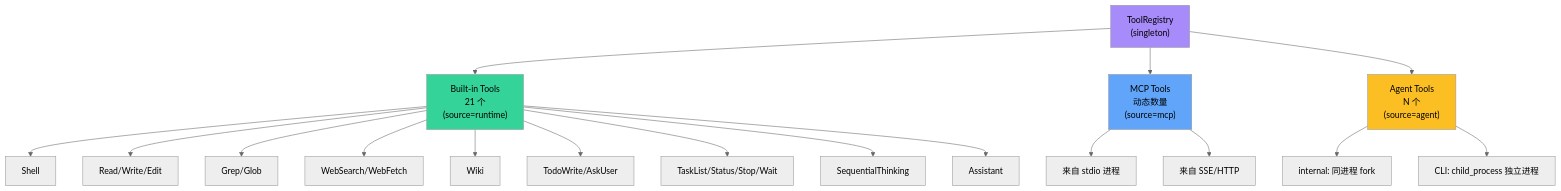
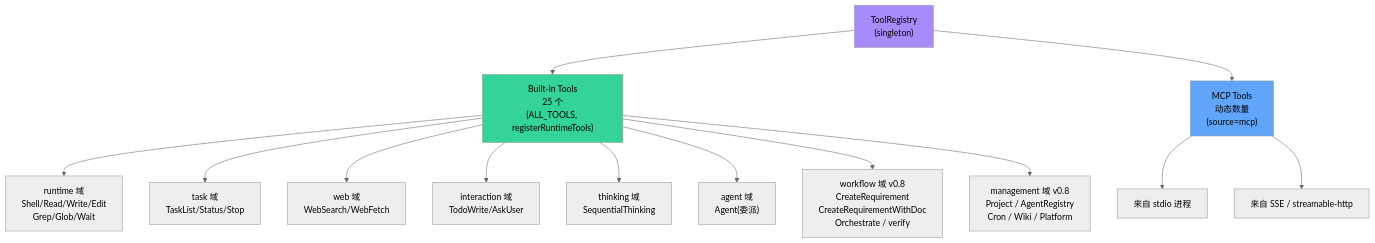
Before and after one commit to LanicBlue/zero-core: the first of 2 diagrams in docs/arch/04-tools-subsystem.md, drawn with Mermaid (neutral theme). The commit also changed other lines of this file and 1 other file, not shown here.

First line of the commit message:
docs(arch): 重写 04-tools-subsystem.md 对齐 v0.8 工具子系统

````diff
--- a/docs/arch/04-tools-subsystem.md
+++ b/docs/arch/04-tools-subsystem.md
@@ -7,24 +7,19 @@
 ```mermaid
 graph TB
     R["ToolRegistry<br/>(singleton)"]
-    R --> B["Built-in Tools<br/>21 个<br/>(source=runtime)"]
+    R --> B["Built-in Tools<br/>25 个<br/>(ALL_TOOLS, registerRuntimeTools)"]
     R --> M["MCP Tools<br/>动态数量<br/>(source=mcp)"]
-    R --> A["Agent Tools<br/>N 个<br/>(source=agent)"]
-    B --> B1[Shell]
-    B --> B2[Read/Write/Edit]
-    B --> B3[Grep/Glob]
-    B --> B4[WebSearch/WebFetch]
-    B --> B5[Wiki]
-    B --> B6[TodoWrite/AskUser]
-    B --> B7[TaskList/Status/Stop/Wait]
-    B --> B8[SequentialThinking]
-    B --> B9[Assistant]
+    B --> B1["runtime 域<br/>Shell/Read/Write/Edit<br/>Grep/Glob/Wait"]
+    B --> B2["task 域<br/>TaskList/Status/Stop"]
+    B --> B3["web 域<br/>WebSearch/WebFetch"]
+    B --> B4["interaction 域<br/>TodoWrite/AskUser"]
+    B --> B5["thinking 域<br/>SequentialThinking"]
+    B --> B6["agent 域<br/>Agent(委派)"]
+    B --> B7["workflow 域 v0.8<br/>CreateRequirement<br/>CreateRequirementWithDoc<br/>Orchestrate / verify"]
+    B --> B8["management 域 v0.8<br/>Project / AgentRegistry<br/>Cron / Wiki / Platform"]
     M --> M1[来自 stdio 进程]
-    M --> M2[来自 SSE/HTTP]
-    A --> A1["internal: 同进程 fork"]
-    A --> A2["CLI: child_process 独立进程"]
+    M --> M2[来自 SSE / streamable-http]
     style R fill:#a78bfa,color:#000
     style B fill:#34d399,color:#000
     style M fill:#60a5fa,color:#000
-    style A fill:#fbbf24,color:#000
 ```
````
